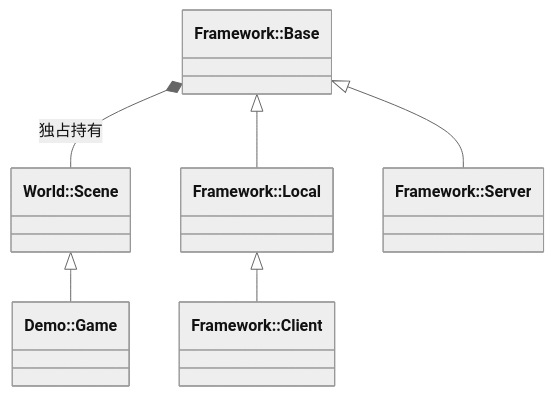
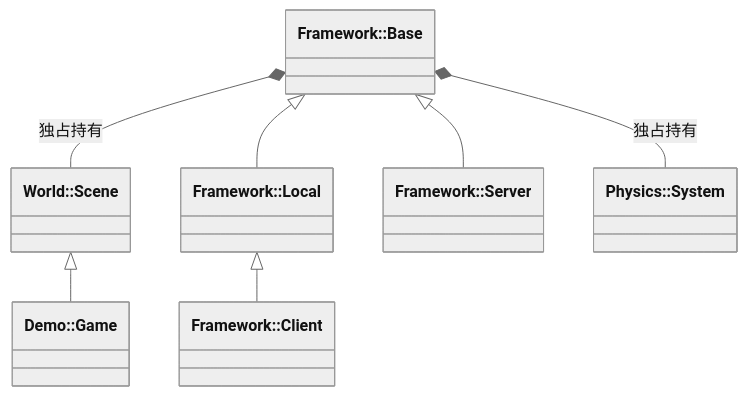
The diagram in runtime/Framework/docs/Framework.md (shaomingyin/VolcanoEngine), drawn with Mermaid (neutral theme) before and after one commit. The commit also changed other lines of this file and 179 other files, not shown here.

````diff
--- a/runtime/Framework/docs/Framework.md
+++ b/runtime/Framework/docs/Framework.md
@@ -11,14 +11,16 @@
 ```mermaid
 classDiagram
     class Scene["World::Scene"]
     class Game["Demo::Game"]
     class Base["Framework::Base"]
     class Local["Framework::Local"]
     class Client["Framework::Client"]
     class Server["Framework::Server"]
     Scene <|-- Game
+    class PhysicsSystem["Physics::System"]
     Base *-- Scene : 独占持有
+    Base *-- PhysicsSystem : 独占持有
     Base <|-- Local
     Local <|-- Client
     Base <|-- Server
 ```
````
